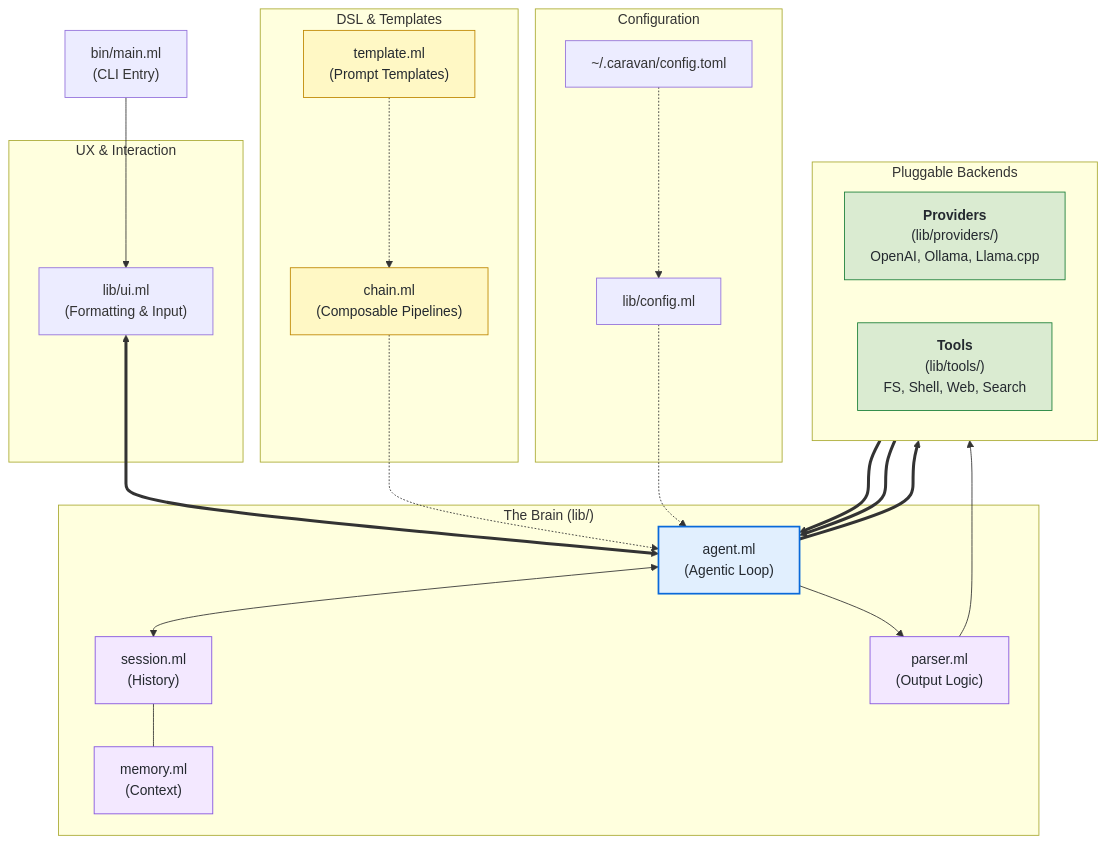
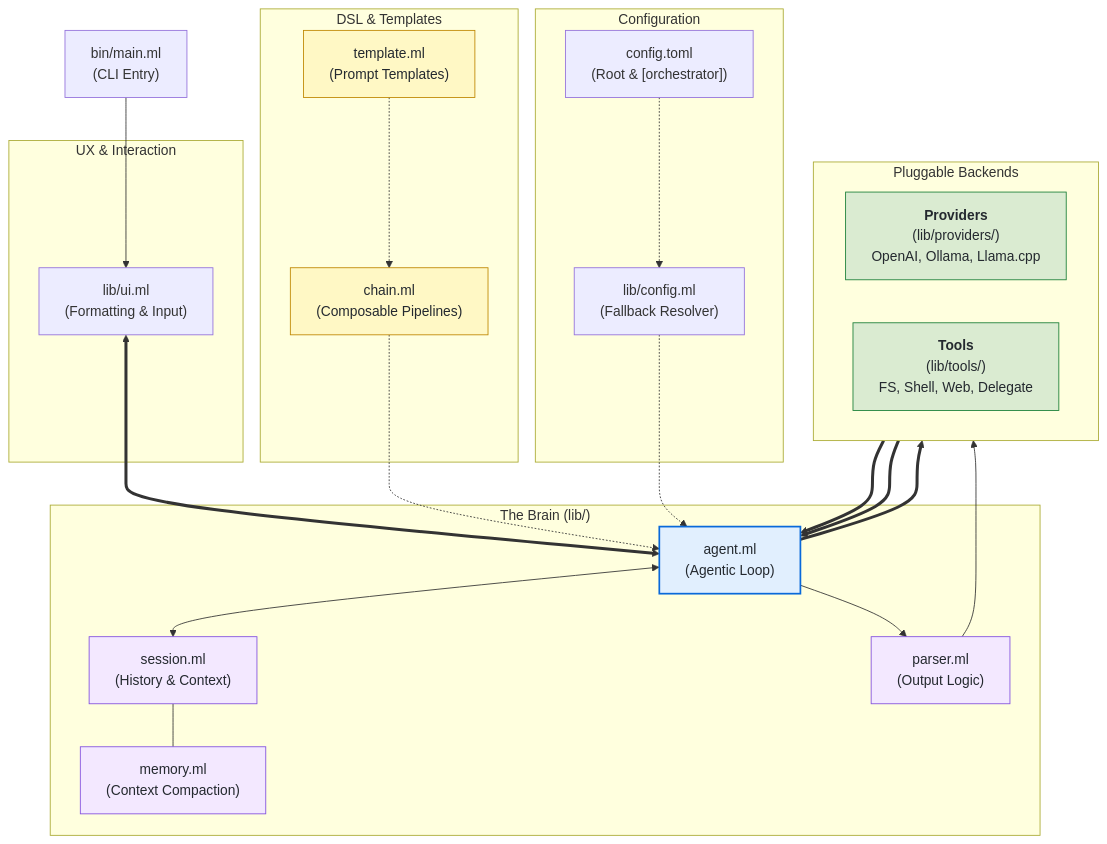
One commit to adukhan99/Caravan changed the diagram in docs/architecture.md. Above: the diagram before and after it, drawn with Mermaid. The commit also changed other lines of this file and 3 other files, not shown here.

Commit message:
docs: refactor documentation and update architecture diagrams to support TOML configuration hierarchy

````diff
--- a/docs/architecture.md
+++ b/docs/architecture.md
@@ -5,63 +5,63 @@
 ```mermaid
 flowchart TB
     %% Nodes
     Entry["bin/main.ml<br/>(CLI Entry)"]
     
     subgraph UI_Layer ["UX & Interaction"]
         UI["lib/ui.ml<br/>(Formatting & Input)"]
     end
 
     subgraph Orchestrator ["The Brain (lib/)"]
         Agent["agent.ml<br/>(Agentic Loop)"]
-        Session["session.ml<br/>(History)"]
-        Memory["memory.ml<br/>(Context)"]
+        Session["session.ml<br/>(History & Context)"]
+        Memory["memory.ml<br/>(Context Compaction)"]
         Parser["parser.ml<br/>(Output Logic)"]
     end
 
     subgraph DSL_Layer ["DSL & Templates"]
         Chain["chain.ml<br/>(Composable Pipelines)"]
         Template["template.ml<br/>(Prompt Templates)"]
     end
 
     subgraph Interface ["Pluggable Backends"]
         direction LR
         Providers["<b>Providers</b><br/>(lib/providers/)<br/>OpenAI, Ollama, Llama.cpp"]
-        Tools["<b>Tools</b><br/>(lib/tools/)<br/>FS, Shell, Web, Search"]
+        Tools["<b>Tools</b><br/>(lib/tools/)<br/>FS, Shell, Web, Delegate"]
     end
 
     subgraph Settings ["Configuration"]
-        TOML["~/.caravan/config.toml"]
-        Config["lib/config.ml"]
+        TOML["config.toml<br/>(Root & [orchestrator])"]
+        Config["lib/config.ml<br/>(Fallback Resolver)"]
     end
 
     %% Connections
     Entry --> UI
     UI <==> Agent
     
     Agent <--> Session
     Session --- Memory
     
     Agent ==> Providers
     Providers ==> Agent
     
     Agent --> Parser
     Parser --> Tools
     Tools ==> Agent
 
     Chain -.-> Agent
     Template -.-> Chain
 
     TOML -.-> Config
     Config -.-> Agent
 
     %% Styling
     classDef primary fill:#e1effe,stroke:#0969da,stroke-width:2px,color:#24292f;
     classDef secondary fill:#f3e8ff,stroke:#8250df,stroke-width:1px,color:#24292f;
     classDef interface fill:#daebd1,stroke:#1a7f37,stroke-width:1px,color:#24292f;
     classDef dsl fill:#fff8c5,stroke:#bf8700,stroke-width:1px,color:#24292f;
     
     class Agent primary;
     class Session,Memory,Parser secondary;
     class Providers,Tools interface;
     class Chain,Template dsl;
 ```
````
